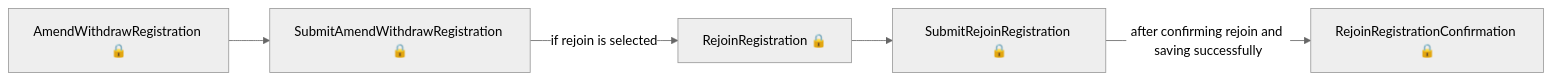
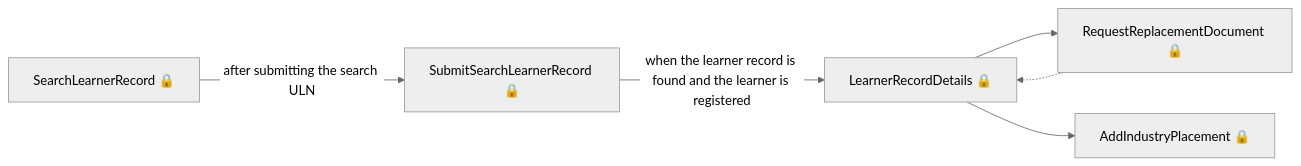
Before and after one commit to talentconsulting/atlas-dfe: the fifth of 11 diagrams in tl-results-and-certification/user-journeys/user-journeys.md, drawn with Mermaid (neutral theme). The commit also changed other lines of this file and 22 other files, not shown here.

````diff
--- a/tl-results-and-certification/user-journeys/user-journeys.md
+++ b/tl-results-and-certification/user-journeys/user-journeys.md
@@ -62,7 +83,8 @@
 ```mermaid
 flowchart LR
-  p0["AmendWithdrawRegistration 🔒"] --> p1["SubmitAmendWithdrawRegistration 🔒"]
-  p1["SubmitAmendWithdrawRegistration 🔒"] -->|"if rejoin is selected"| p2["RejoinRegistration 🔒"]
-  p2["RejoinRegistration 🔒"] --> p3["SubmitRejoinRegistration 🔒"]
-  p3["SubmitRejoinRegistration 🔒"] -->|"after confirming rejoin and saving successfully"| p4["RejoinRegistrationConfirmation 🔒"]
+  p0["SearchLearnerRecord 🔒"] -->|"after submitting the search ULN"| p1["SubmitSearchLearnerRecord 🔒"]
+  p1["SubmitSearchLearnerRecord 🔒"] -->|"when the learner record is found and the learner is registered"| p2["LearnerRecordDetails 🔒"]
+  p2["LearnerRecordDetails 🔒"] --> p3["RequestReplacementDocument 🔒"]
+  p3["RequestReplacementDocument 🔒"] -.-> p2["LearnerRecordDetails 🔒"]
+  p2["LearnerRecordDetails 🔒"] --> p4["AddIndustryPlacement 🔒"]
 ```
````
